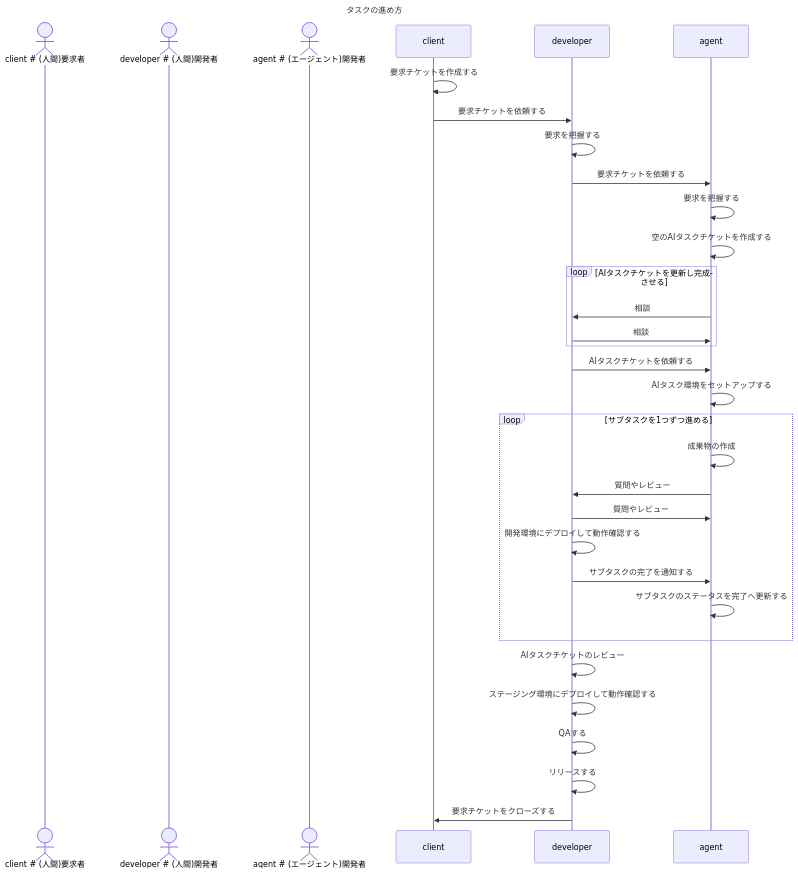
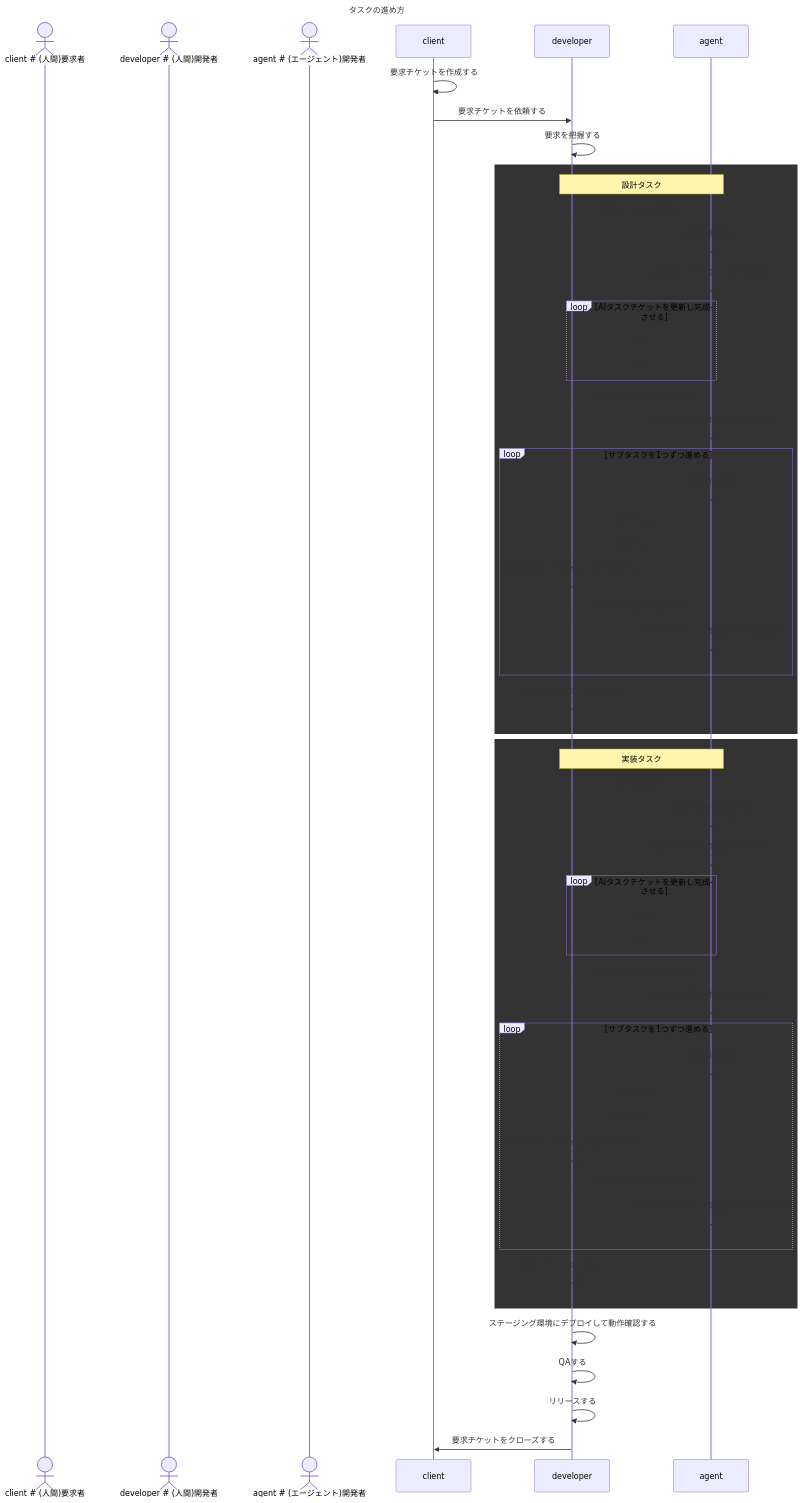
Before and after one commit to suzuito/playground2-go: the diagram in AGENTS.md, drawn with Mermaid. The commit also changed other lines of this file, not shown here.

````diff
--- a/AGENTS.md
+++ b/AGENTS.md
@@ -78,37 +81,66 @@
 ```mermaid
 ---
 title: タスクの進め方
 ---
 sequenceDiagram
   actor client # (人間)要求者
   actor developer # (人間)開発者
   actor agent # (エージェント)開発者
 
   client->>client: 要求チケットを作成する
   client->>developer: 要求チケットを依頼する
   developer->>developer: 要求を把握する
-  developer->>agent: 要求チケットを依頼する
-  agent->>agent: 要求を把握する
-  agent->>agent: 空のAIタスクチケットを作成する
-  loop AIタスクチケットを更新し完成させる
-    agent->>developer: 相談
-    developer->>agent: 相談
+
+  rect rgb(eee, eee, eee)
+    Note over developer,agent: 設計タスク
+    developer->>agent: 要求チケットを依頼する
+    agent->>agent: 要求を把握する
+    agent->>agent: 空のAIタスクチケットを作成する
+    loop AIタスクチケットを更新し完成させる
+      agent->>developer: 相談
+      developer->>agent: 相談
+    end
+
+    developer->>agent: AIタスクチケットを依頼する
+    agent->>agent: AIタスク環境をセットアップする
+    loop サブタスクを1つずつ進める
+      agent->>agent: 成果物の作成
+      agent->>developer: 質問やレビュー
+      developer->>agent: 質問やレビュー
+      developer->>developer: 開発環境にデプロイして動作確認する
+      developer->>agent: サブタスクの完了を通知する
+      agent->>agent: サブタスクのステータスを完了へ更新する
+    end
+
+    developer->>developer: AIタスクチケットのレビュー
   end
 
-  developer->>agent: AIタスクチケットを依頼する
-  agent->>agent: AIタスク環境をセットアップする
-  loop サブタスクを1つずつ進める
-    agent->>agent: 成果物の作成
-    agent->>developer: 質問やレビュー
-    developer->>agent: 質問やレビュー
-    developer->>developer: 開発環境にデプロイして動作確認する
-    developer->>agent: サブタスクの完了を通知する
-    agent->>agent: サブタスクのステータスを完了へ更新する
+  rect rgb(eee, eee, eee)
+    Note over developer,agent: 実装タスク
+    developer->>agent: 実装を依頼する
+    agent->>agent: 要求と設計を把握する
+    agent->>agent: 空のAIタスクチケットを作成する
+    loop AIタスクチケットを更新し完成させる
+      agent->>developer: 相談
+      developer->>agent: 相談
+    end
+
+    developer->>agent: AIタスクチケットを依頼する
+    agent->>agent: AIタスク環境をセットアップする
+    loop サブタスクを1つずつ進める
+      agent->>agent: 成果物の作成
+      agent->>developer: 質問やレビュー
+      developer->>agent: 質問やレビュー
+      developer->>developer: 開発環境にデプロイして動作確認する
+      developer->>agent: サブタスクの完了を通知する
+      agent->>agent: サブタスクのステータスを完了へ更新する
+    end
+
+    developer->>developer: AIタスクチケットのレビュー
   end
 
-  developer->>developer: AIタスクチケットのレビュー
   developer->>developer: ステージング環境にデプロイして動作確認する
   developer->>developer: QAする
   developer->>developer: リリースする
   developer->>client: 要求チケットをクローズする
 ```
````
